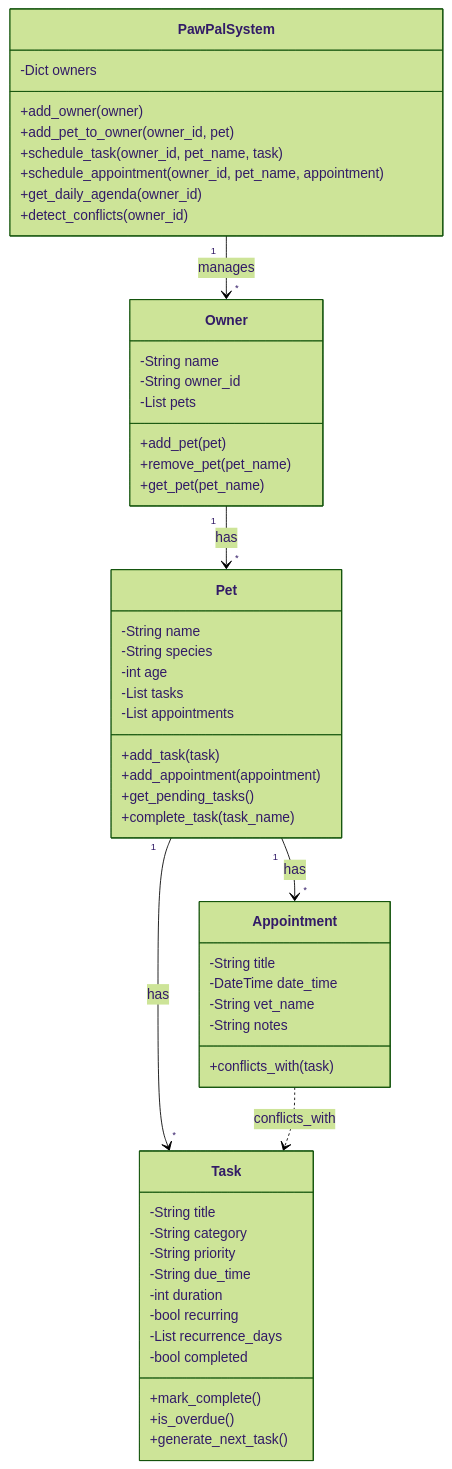
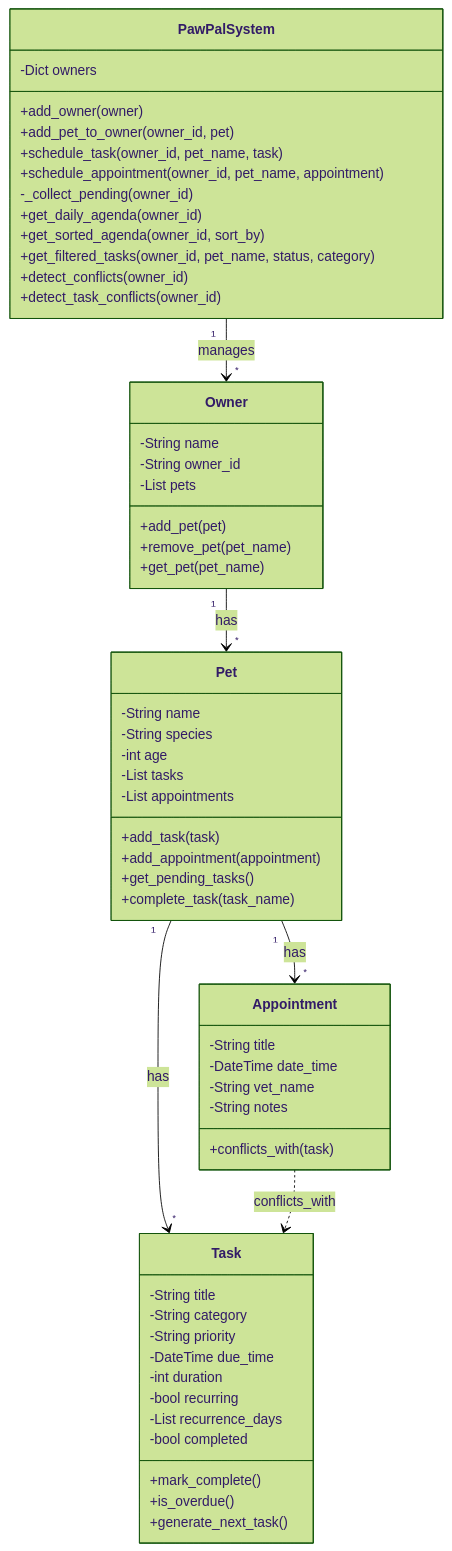
The diagram in class_diagram.md (AryahCodes/ai110-module2show-pawpal-starter), drawn with Mermaid (forest theme) before and after one commit. The commit also changed 5 other files, not shown here.

````diff
--- a/class_diagram.md
+++ b/class_diagram.md
@@ -3,61 +3,65 @@
 ```mermaid
 classDiagram
     class Owner {
         -String name
         -String owner_id
         -List pets
         +add_pet(pet)
         +remove_pet(pet_name)
         +get_pet(pet_name)
     }
 
     class Pet {
         -String name
         -String species
         -int age
         -List tasks
         -List appointments
         +add_task(task)
         +add_appointment(appointment)
         +get_pending_tasks()
         +complete_task(task_name)
     }
 
     class Task {
         -String title
         -String category
         -String priority
-        -String due_time
+        -DateTime due_time
         -int duration
         -bool recurring
         -List recurrence_days
         -bool completed
         +mark_complete()
         +is_overdue()
         +generate_next_task()
     }
 
     class Appointment {
         -String title
         -DateTime date_time
         -String vet_name
         -String notes
         +conflicts_with(task)
     }
 
     class PawPalSystem {
         -Dict owners
         +add_owner(owner)
         +add_pet_to_owner(owner_id, pet)
         +schedule_task(owner_id, pet_name, task)
         +schedule_appointment(owner_id, pet_name, appointment)
+        -_collect_pending(owner_id)
         +get_daily_agenda(owner_id)
+        +get_sorted_agenda(owner_id, sort_by)
+        +get_filtered_tasks(owner_id, pet_name, status, category)
         +detect_conflicts(owner_id)
+        +detect_task_conflicts(owner_id)
     }
 
     PawPalSystem "1" --> "*" Owner : manages
     Owner "1" --> "*" Pet : has
     Pet "1" --> "*" Task : has
     Pet "1" --> "*" Appointment : has
     Appointment ..> Task : conflicts_with
 ```
````
